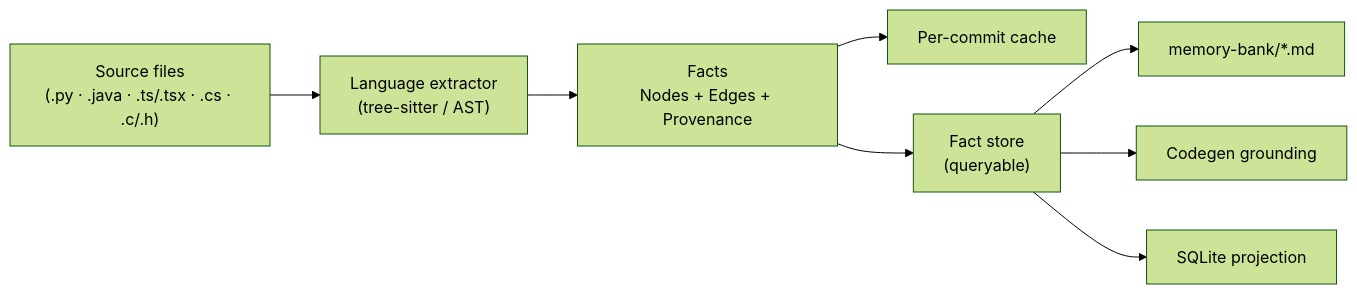
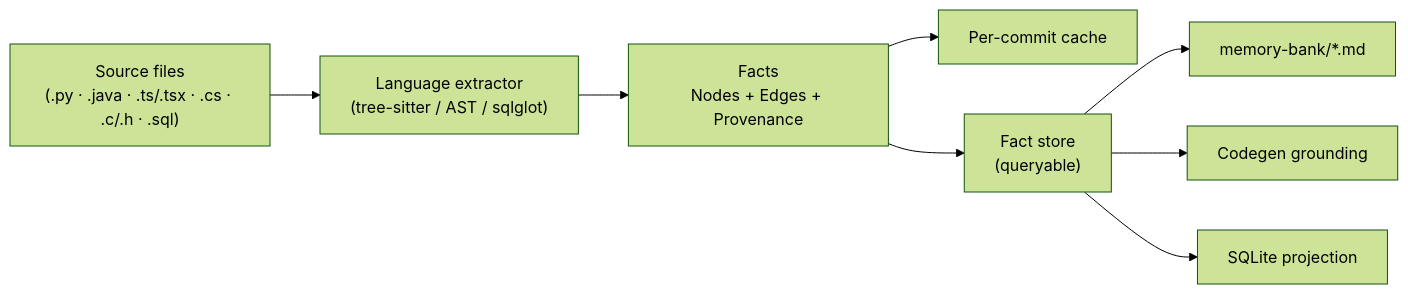
Before and after one commit to synaptixs/spine: the third of 5 diagrams in KNOWLEDGE_GRAPH.md, drawn with Mermaid (forest theme). The commit also changed other lines of this file and 15 other files, not shown here.

````diff
--- a/KNOWLEDGE_GRAPH.md
+++ b/KNOWLEDGE_GRAPH.md
@@ -117,10 +117,10 @@
 ```mermaid
 flowchart LR
-    src["Source files<br/>(.py · .java · .ts/.tsx · .cs · .c/.h)"] --> ext["Language extractor<br/>(tree-sitter / AST)"]
+    src["Source files<br/>(.py · .java · .ts/.tsx · .cs · .c/.h · .sql)"] --> ext["Language extractor<br/>(tree-sitter / AST / sqlglot)"]
     ext --> facts["Facts<br/>Nodes + Edges + Provenance"]
     facts --> cache["Per-commit cache"]
     facts --> store["Fact store<br/>(queryable)"]
     store --> mb["memory-bank/*.md"]
     store --> grd["Codegen grounding"]
     store --> db["SQLite projection"]
 ```
````
